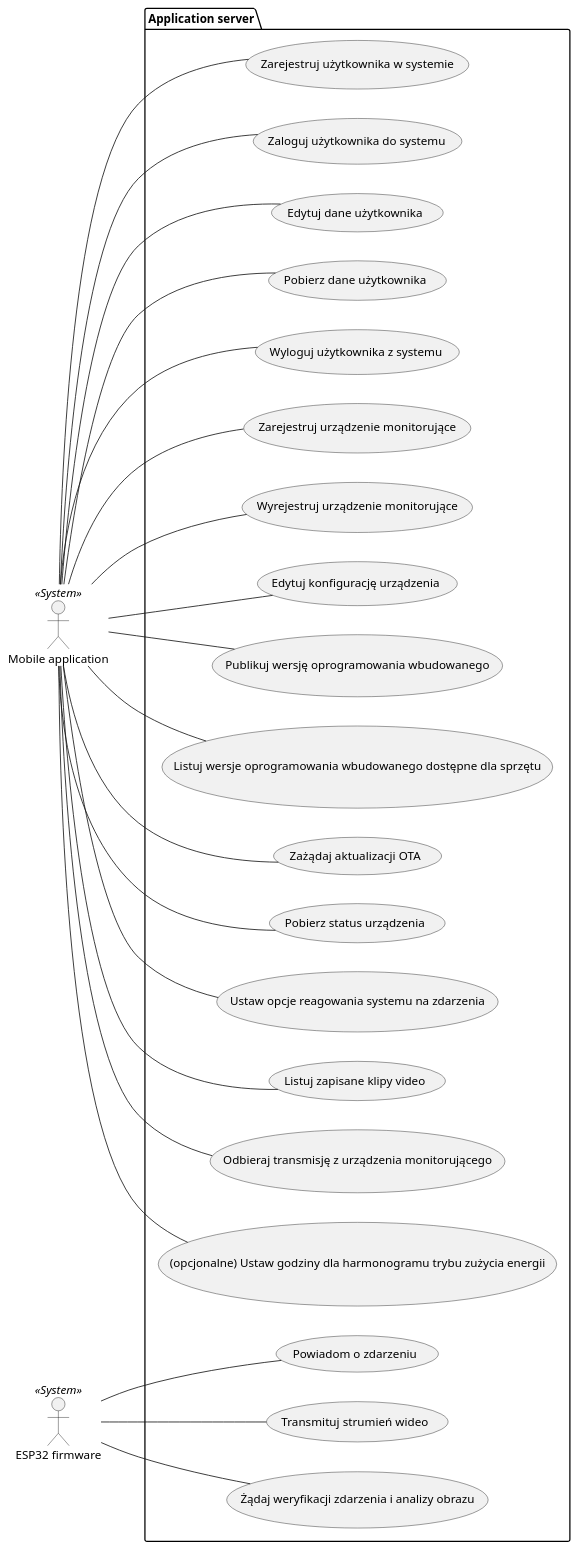
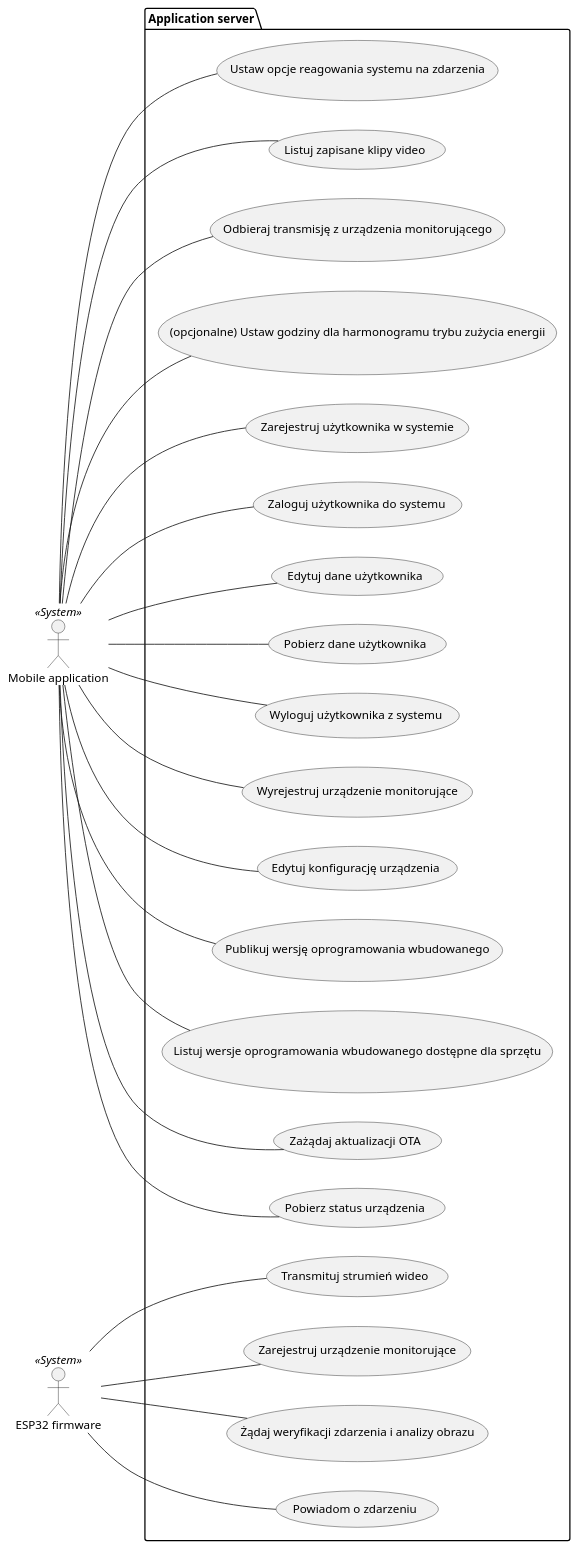
One commit to adameus03/MonitorDevices changed the diagram in docs/usecasediagram_server.puml. Above: the diagram before and after it, drawn with PlantUML. The commit also changed 14 other files, not shown here.

Commit message:
Updated docs - dev registration sequence diagram, project functions assignment, usecase diagrams minor changes, scaffold E1 class diagram

```diff
--- a/docs/usecasediagram_server.puml
+++ b/docs/usecasediagram_server.puml
@@ -1,53 +1,54 @@
 @startuml
 left to right direction
 
 package "Application server" {
   usecase "Zarejestruj użytkownika w systemie" as registerUserToSystem
   usecase "Zaloguj użytkownika do systemu" as loginUserToSystem
   usecase "Edytuj dane użytkownika" as editUserData
   usecase "Pobierz dane użytkownika" as getUserData
   usecase "Wyloguj użytkownika z systemu" as signoutUserFromSystem
   usecase "Zarejestruj urządzenie monitorujące" as registerCamera
   usecase "Wyrejestruj urządzenie monitorujące" as unregisterCamera
   usecase "Edytuj konfigurację urządzenia" as configureCamera
   usecase "Publikuj wersję oprogramowania wbudowanego" as publishFirmware
   usecase "Listuj wersje oprogramowania wbudowanego dostępne dla sprzętu" as listAvailableFirmware
   usecase "Zażądaj aktualizacji OTA" as otaUpdate
   usecase "Pobierz status urządzenia" as getCameraStatus
   usecase "Ustaw opcje reagowania systemu na zdarzenia" as systemReactionConfigure
   usecase "Listuj zapisane klipy video" as listSavedVideoClips
   usecase "Odbieraj transmisję z urządzenia monitorującego" as receiveVideoTransmission
   usecase "(opcjonalne) Ustaw godziny dla harmonogramu trybu zużycia energii" as setEnergySaving
   
   usecase "Powiadom o zdarzeniu" as eventNotify
   usecase "Transmituj strumień wideo" as transmitVideoStream
   usecase "Żądaj weryfikacji zdarzenia i analizy obrazu" as requestAnalysis
   
 }
 
 
 actor "Mobile application" << System >> as MobileApp
 actor "ESP32 firmware" << System >> as Camera
 
 MobileApp -- registerUserToSystem
 MobileApp -- loginUserToSystem
 MobileApp -- editUserData
 MobileApp -- getUserData
 MobileApp -- signoutUserFromSystem
-MobileApp -- registerCamera
+'MobileApp -- registerCamera
 MobileApp -- unregisterCamera
 MobileApp -- configureCamera
 MobileApp -- publishFirmware
 MobileApp -- listAvailableFirmware
 MobileApp -- otaUpdate
 MobileApp -- getCameraStatus
 MobileApp -- systemReactionConfigure
 MobileApp -- listSavedVideoClips
 MobileApp -- receiveVideoTransmission
 MobileApp -- setEnergySaving
 
 Camera -- eventNotify
 Camera -- transmitVideoStream
 Camera -- requestAnalysis
+Camera -- registerCamera
 
 @enduml
```
